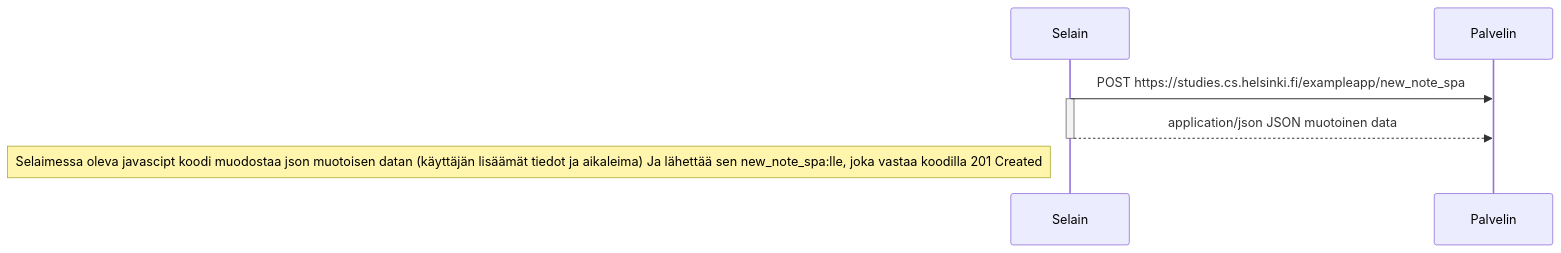
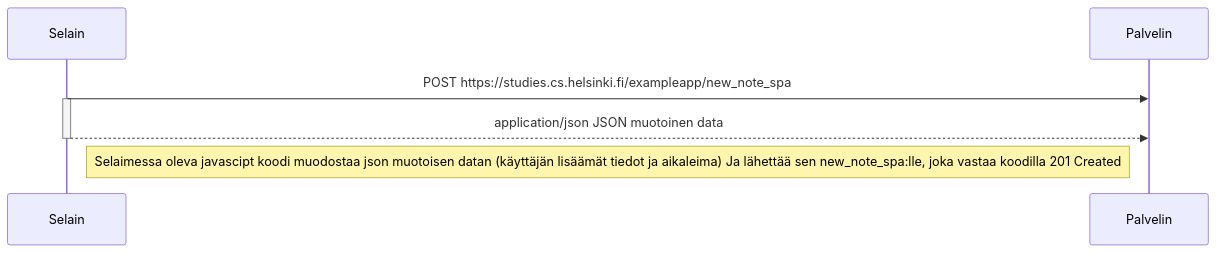
Before and after one commit to ranei1/FullStack-kurssi-palautukset: the diagram in osa0/6.md, drawn with Mermaid.

Commit message:
Note siirretty oikealle puolelle

````diff
--- a/osa0/6.md
+++ b/osa0/6.md
@@ -1,10 +1,10 @@
 ```mermaid
 sequenceDiagram
     participant Selain
     participant Palvelin
 Selain->>Palvelin: POST https://studies.cs.helsinki.fi/exampleapp/new_note_spa
 activate Selain
 Selain-->>Palvelin: application/json JSON muotoinen data
 deactivate Selain
-note left of Selain: Selaimessa oleva javascipt koodi muodostaa json muotoisen datan (käyttäjän lisäämät tiedot ja aikaleima) Ja lähettää sen new_note_spa:lle, joka vastaa koodilla 201 Created
+note right of Selain: Selaimessa oleva javascipt koodi muodostaa json muotoisen datan (käyttäjän lisäämät tiedot ja aikaleima) Ja lähettää sen new_note_spa:lle, joka vastaa koodilla 201 Created
 ```
````
